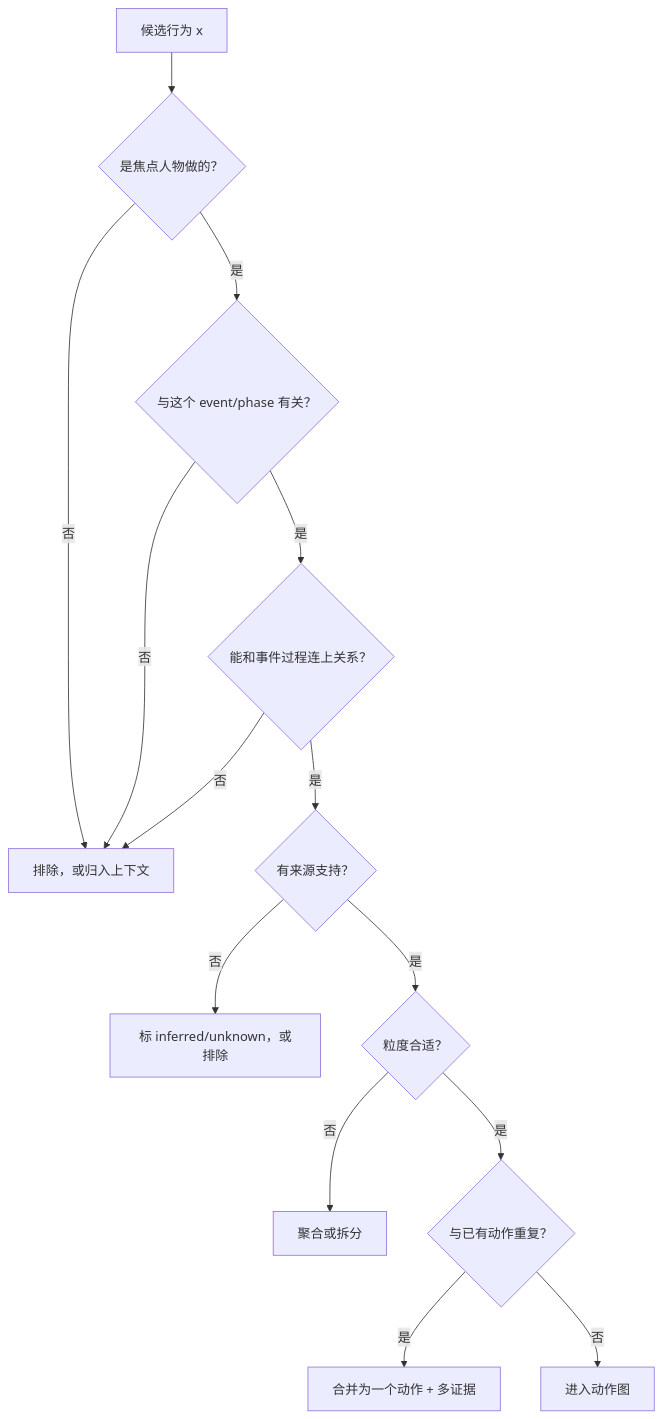
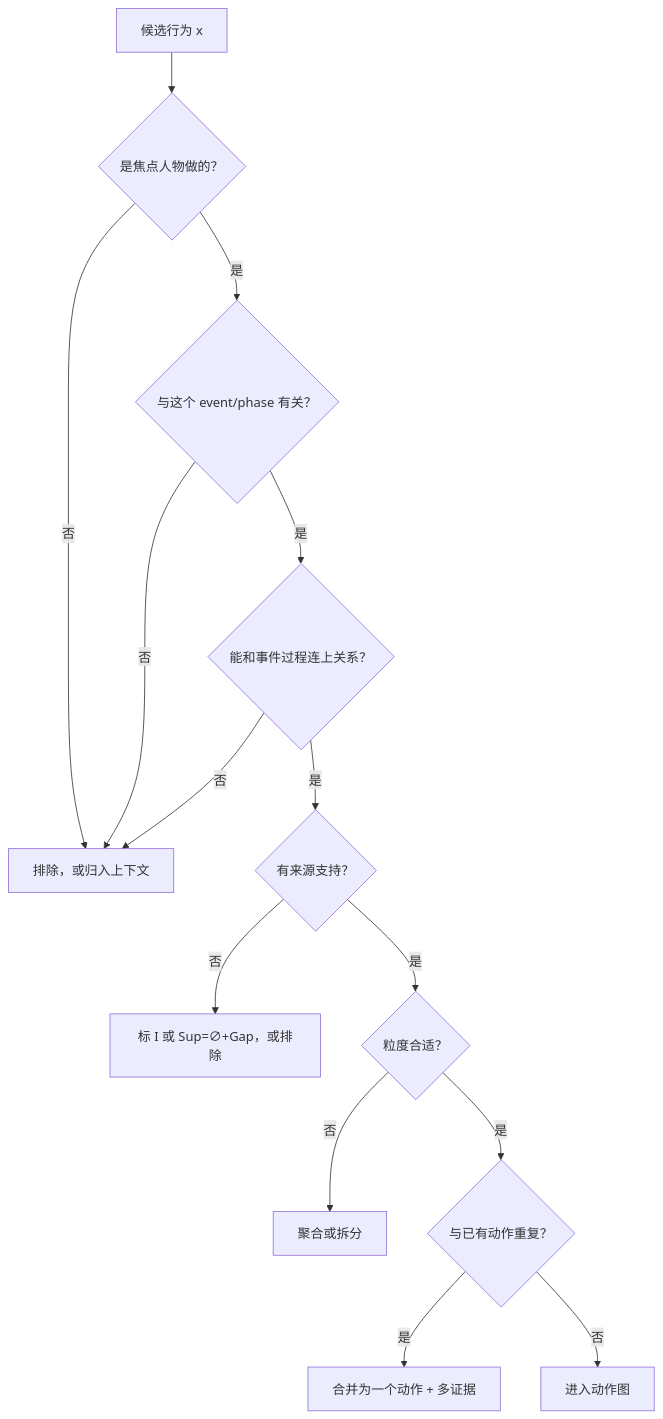
One commit to AgenticFinLab/FinMycelium changed the first of 4 diagrams in docs/structures/2-action-graph.md. Above: the diagram before and after it, drawn with Mermaid. The commit also changed other lines of this file and 8 other files, not shown here.

````diff
--- a/docs/structures/2-action-graph.md
+++ b/docs/structures/2-action-graph.md
@@ -100,16 +99,16 @@
 ```mermaid
 flowchart TD
     X["候选行为 x"] --> Q1{"是焦点人物做的？"}
     Q1 -- "否" --> OUT["排除，或归入上下文"]
     Q1 -- "是" --> Q2{"与这个 event/phase 有关？"}
     Q2 -- "否" --> OUT
     Q2 -- "是" --> Q3{"能和事件过程连上关系？"}
     Q3 -- "否" --> OUT
     Q3 -- "是" --> Q4{"有来源支持？"}
-    Q4 -- "否" --> INF["标 inferred/unknown，或排除"]
+    Q4 -- "否" --> INF["标 I 或 Sup=∅+Gap，或排除"]
     Q4 -- "是" --> Q5{"粒度合适？"}
     Q5 -- "否" --> SPLIT["聚合或拆分"]
     Q5 -- "是" --> Q6{"与已有动作重复？"}
     Q6 -- "是" --> MERGE["合并为一个动作 + 多证据"]
     Q6 -- "否" --> IN["进入动作图"]
 ```
````
